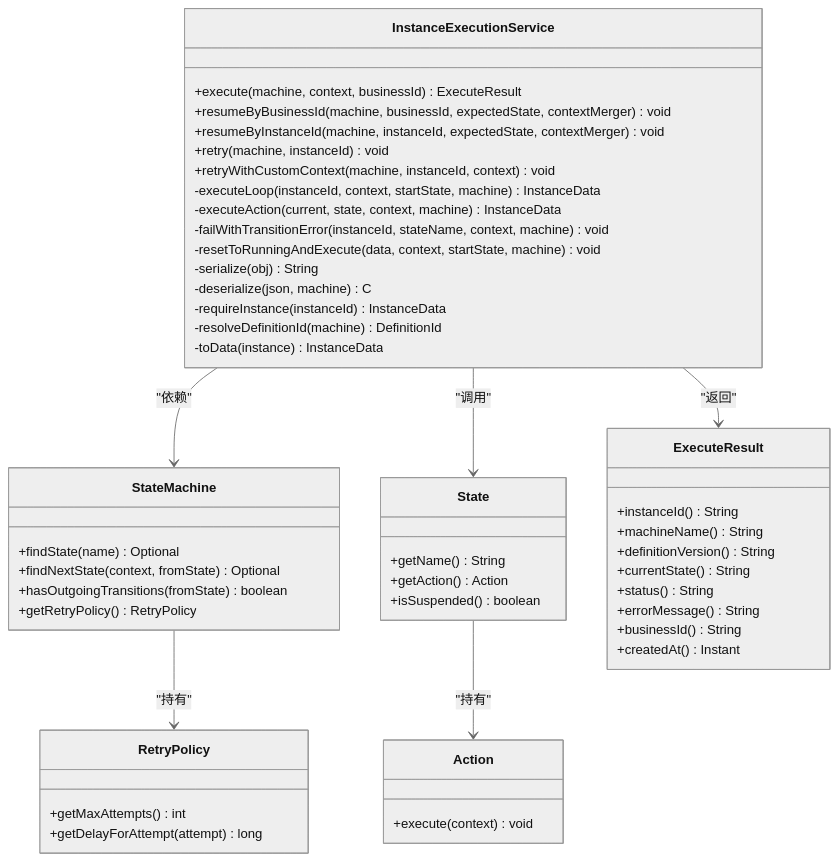
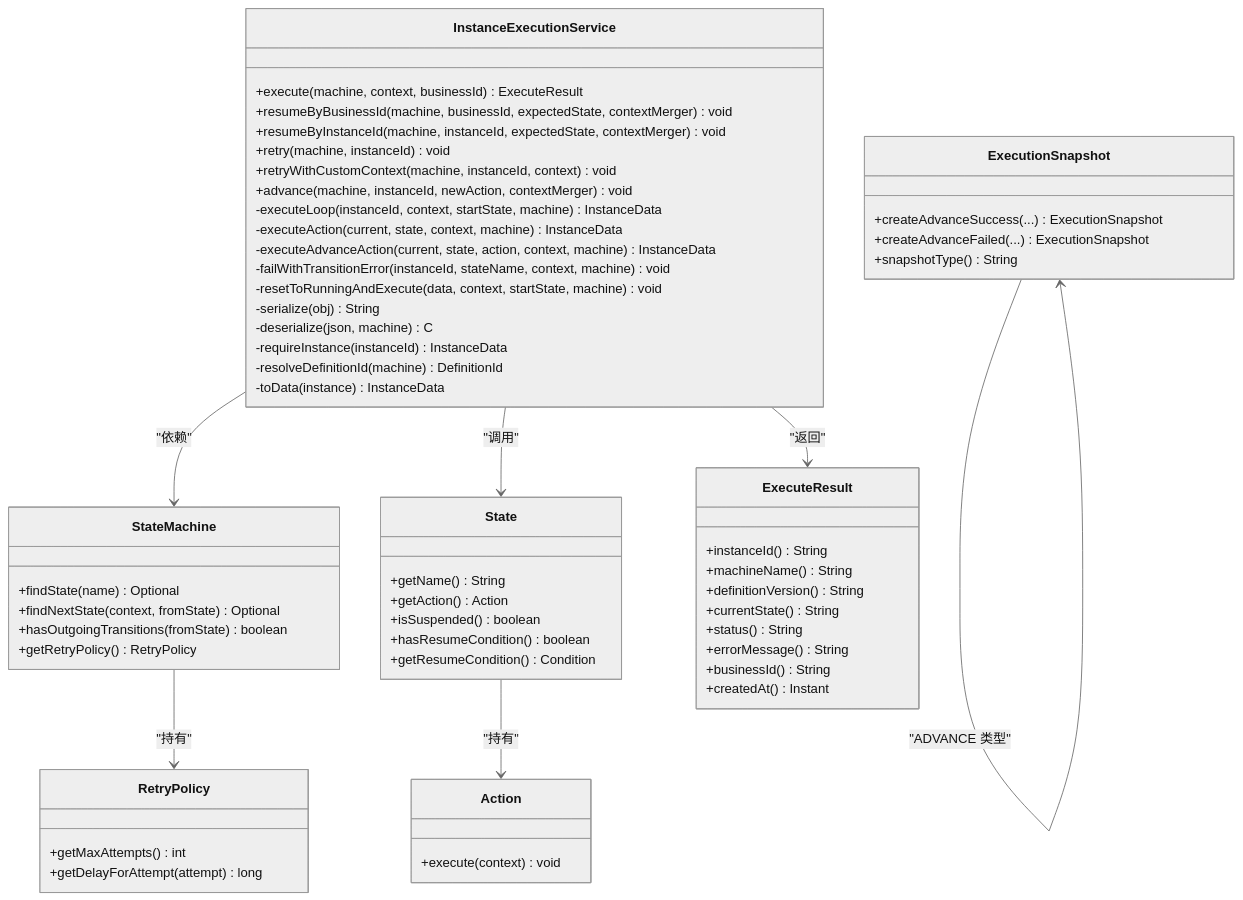
One commit to xiaoche80s-tech/state-machine-parent changed the third of 9 diagrams in .qoder/repowiki/zh/content/执行引擎/实例执行服务.md. Above: the diagram before and after it, drawn with Mermaid (neutral theme). The commit also changed other lines of this file and 7 other files, not shown here.

````diff
--- a/.qoder/repowiki/zh/content/执行引擎/实例执行服务.md
+++ b/.qoder/repowiki/zh/content/执行引擎/实例执行服务.md
@@ -171,52 +154,62 @@
 ```mermaid
 classDiagram
 class InstanceExecutionService {
 +execute(machine, context, businessId) ExecuteResult
 +resumeByBusinessId(machine, businessId, expectedState, contextMerger) void
 +resumeByInstanceId(machine, instanceId, expectedState, contextMerger) void
 +retry(machine, instanceId) void
 +retryWithCustomContext(machine, instanceId, context) void
++advance(machine, instanceId, newAction, contextMerger) void
 -executeLoop(instanceId, context, startState, machine) InstanceData
 -executeAction(current, state, context, machine) InstanceData
+-executeAdvanceAction(current, state, action, context, machine) InstanceData
 -failWithTransitionError(instanceId, stateName, context, machine) void
 -resetToRunningAndExecute(data, context, startState, machine) void
 -serialize(obj) String
 -deserialize(json, machine) C
 -requireInstance(instanceId) InstanceData
 -resolveDefinitionId(machine) DefinitionId
 -toData(instance) InstanceData
 }
 class StateMachine {
 +findState(name) Optional<State>
 +findNextState(context, fromState) Optional<String>
 +hasOutgoingTransitions(fromState) boolean
 +getRetryPolicy() RetryPolicy
 }
 class State {
 +getName() String
 +getAction() Action
 +isSuspended() boolean
++hasResumeCondition() boolean
++getResumeCondition() Condition
 }
 class Action {
 +execute(context) void
 }
 class RetryPolicy {
 +getMaxAttempts() int
 +getDelayForAttempt(attempt) long
 }
 class ExecuteResult {
 +instanceId() String
 +machineName() String
 +definitionVersion() String
 +currentState() String
 +status() String
 +errorMessage() String
 +businessId() String
 +createdAt() Instant
 }
+class ExecutionSnapshot {
++createAdvanceSuccess(...) ExecutionSnapshot
++createAdvanceFailed(...) ExecutionSnapshot
++snapshotType() String
+}
 InstanceExecutionService --> StateMachine : "依赖"
 InstanceExecutionService --> State : "调用"
 State --> Action : "持有"
 StateMachine --> RetryPolicy : "持有"
 InstanceExecutionService --> ExecuteResult : "返回"
+ExecutionSnapshot --> ExecutionSnapshot : "ADVANCE 类型"
 ```
````
